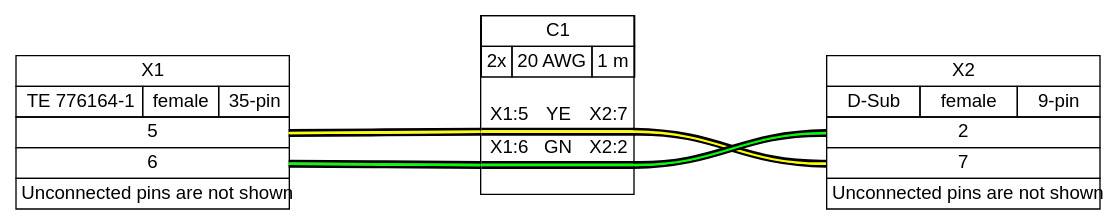
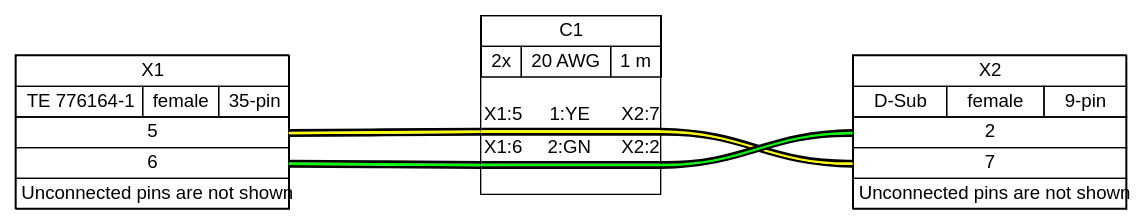
The diagram in examples/ex07.gv (thestumbler/cables-with-wireviz), drawn with Graphviz before and after one commit. The commit also changed 93 other files, not shown here.

```diff
--- a/examples/ex07.gv
+++ b/examples/ex07.gv
@@ -1,125 +1,129 @@
 graph {
-// Graph generated by WireViz 0.2
-// https://github.com/formatc1702/WireViz
-	graph [bgcolor=white fontname=arial nodesep=0.33 rankdir=LR ranksep=2]
-	node [fillcolor=white fontname=arial shape=record style=filled]
+// Graph generated by WireViz 0.4.1
+// https://github.com/wireviz/WireViz
+	graph [bgcolor="#FFFFFF" fontname=arial nodesep=0.33 rankdir=LR ranksep=2]
+	node [fillcolor="#FFFFFF" fontname=arial height=0 margin=0 shape=none style=filled width=0]
 	edge [fontname=arial style=bold]
 	X1 [label=<
 <table border="0" cellspacing="0" cellpadding="0">
  <tr><td>
   <table border="0" cellspacing="0" cellpadding="3" cellborder="1"><tr>
    <td balign="left">X1</td>
   </tr></table>
  </td></tr>
  <tr><td>
   <table border="0" cellspacing="0" cellpadding="3" cellborder="1"><tr>
    <td balign="left">TE 776164-1</td>
    <td balign="left">female</td>
    <td balign="left">35-pin</td>
   </tr></table>
  </td></tr>
  <tr><td>
   <table border="0" cellspacing="0" cellpadding="3" cellborder="1">
    <tr>
     <td port="p5r">5</td>
    </tr>
    <tr>
     <td port="p6r">6</td>
    </tr>
   </table>
  </td></tr>
  <tr><td>
   <table border="0" cellspacing="0" cellpadding="3" cellborder="1"><tr>
    <td balign="left">Unconnected pins are not shown</td>
   </tr></table>
  </td></tr>
 </table>
-> fillcolor=white margin=0 shape=none style=filled]
+> fillcolor="#FFFFFF" shape=box style=filled]
 	X2 [label=<
 <table border="0" cellspacing="0" cellpadding="0">
  <tr><td>
   <table border="0" cellspacing="0" cellpadding="3" cellborder="1"><tr>
    <td balign="left">X2</td>
   </tr></table>
  </td></tr>
  <tr><td>
   <table border="0" cellspacing="0" cellpadding="3" cellborder="1"><tr>
    <td balign="left">D-Sub</td>
    <td balign="left">female</td>
    <td balign="left">9-pin</td>
   </tr></table>
  </td></tr>
  <tr><td>
   <table border="0" cellspacing="0" cellpadding="3" cellborder="1">
    <tr>
     <td port="p2l">2</td>
    </tr>
    <tr>
     <td port="p7l">7</td>
    </tr>
   </table>
  </td></tr>
  <tr><td>
   <table border="0" cellspacing="0" cellpadding="3" cellborder="1"><tr>
    <td balign="left">Unconnected pins are not shown</td>
   </tr></table>
  </td></tr>
 </table>
-> fillcolor=white margin=0 shape=none style=filled]
+> fillcolor="#FFFFFF" shape=box style=filled]
 	edge [color="#000000:#ffff00:#000000"]
 	X1:p5r:e -- C1:w1:w
 	C1:w1:e -- X2:p7l:w
 	edge [color="#000000:#00ff00:#000000"]
 	X1:p6r:e -- C1:w2:w
 	C1:w2:e -- X2:p2l:w
 	C1 [label=<
 <table border="0" cellspacing="0" cellpadding="0">
  <tr><td>
   <table border="0" cellspacing="0" cellpadding="3" cellborder="1"><tr>
    <td balign="left">C1</td>
   </tr></table>
  </td></tr>
  <tr><td>
   <table border="0" cellspacing="0" cellpadding="3" cellborder="1"><tr>
    <td balign="left">2x</td>
    <td balign="left">20 AWG</td>
    <td balign="left">1 m</td>
   </tr></table>
  </td></tr>
  <tr><td>
   <table border="0" cellspacing="0" cellborder="0">
    <tr><td>&nbsp;</td></tr>
    <tr>
     <td>X1:5</td>
-    <td>YE</td>
+    <td>
+     1:YE
+    </td>
     <td>X2:7</td>
    </tr>
    <tr>
     <td colspan="3" border="0" cellspacing="0" cellpadding="0" port="w1" height="6">
      <table cellspacing="0" cellborder="0" border="0">
       <tr><td colspan="3" cellpadding="0" height="2" bgcolor="#000000" border="0"></td></tr>
       <tr><td colspan="3" cellpadding="0" height="2" bgcolor="#ffff00" border="0"></td></tr>
       <tr><td colspan="3" cellpadding="0" height="2" bgcolor="#000000" border="0"></td></tr>
      </table>
     </td>
    </tr>
    <tr>
     <td>X1:6</td>
-    <td>GN</td>
+    <td>
+     2:GN
+    </td>
     <td>X2:2</td>
    </tr>
    <tr>
     <td colspan="3" border="0" cellspacing="0" cellpadding="0" port="w2" height="6">
      <table cellspacing="0" cellborder="0" border="0">
       <tr><td colspan="3" cellpadding="0" height="2" bgcolor="#000000" border="0"></td></tr>
       <tr><td colspan="3" cellpadding="0" height="2" bgcolor="#00ff00" border="0"></td></tr>
       <tr><td colspan="3" cellpadding="0" height="2" bgcolor="#000000" border="0"></td></tr>
      </table>
     </td>
    </tr>
    <tr><td>&nbsp;</td></tr>
   </table>
  </td></tr>
 </table>
-> fillcolor=white margin=0 shape=box style=""]
+> fillcolor="#FFFFFF" shape=box style=filled]
 }
```
